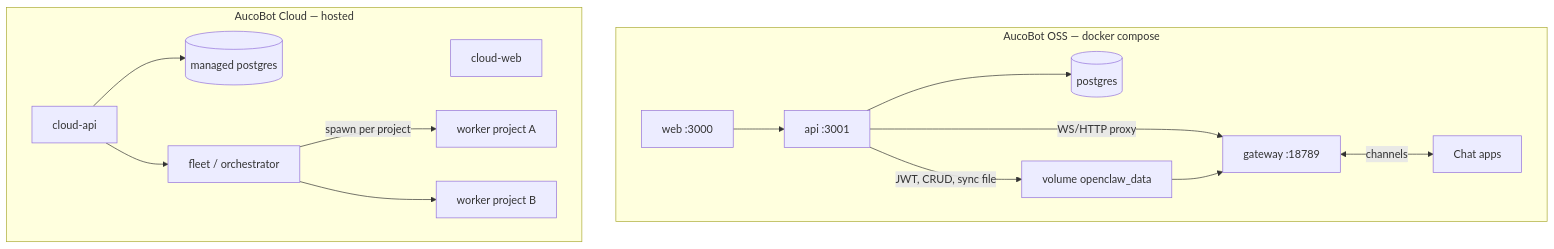
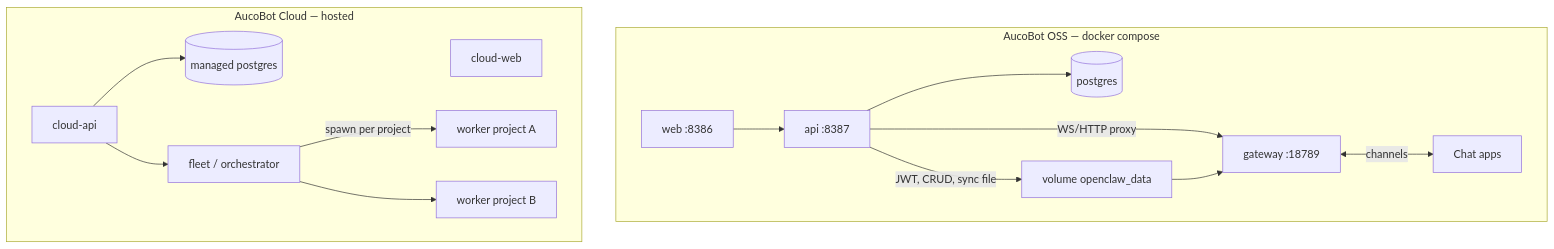
One commit to mankhb2k/claw-dashboard changed the second of 7 diagrams in aucobot/docs/monorepoplan.md. Above: the diagram before and after it, drawn with Mermaid. The commit also changed other lines of this file and 99 other files, not shown here.

````diff
--- a/aucobot/docs/monorepoplan.md
+++ b/aucobot/docs/monorepoplan.md
@@ -137,26 +137,26 @@
 ```mermaid
 flowchart TB
     subgraph OSS["AucoBot OSS — docker compose"]
-        FE["web :3000"]
-        API["api :3001"]
+        FE["web :8386"]
+        API["api :8387"]
         DB[("postgres")]
         GW["gateway :18789"]
         VOL["volume openclaw_data"]
         FE --> API --> DB
         API -->|"JWT, CRUD, sync file"| VOL
         API -->|"WS/HTTP proxy"| GW
         VOL --> GW
         GW <-->|channels| CHAT[Chat apps]
     end
 
     subgraph CLOUD["AucoBot Cloud — hosted"]
         FE2["cloud-web"]
         API2["cloud-api"]
         DB2[("managed postgres")]
         ORC["fleet / orchestrator"]
         API2 --> DB2
         API2 --> ORC
         ORC -->|"spawn per project"| C1["worker project A"]
         ORC --> C2["worker project B"]
     end
 ```
````
